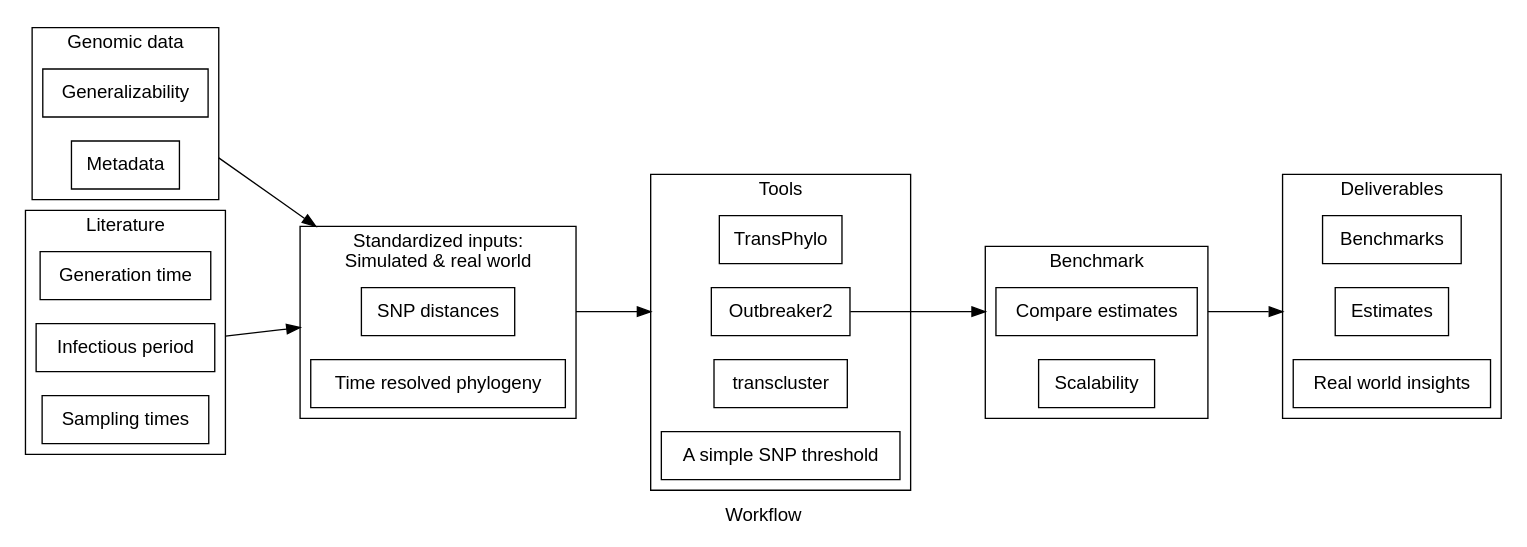
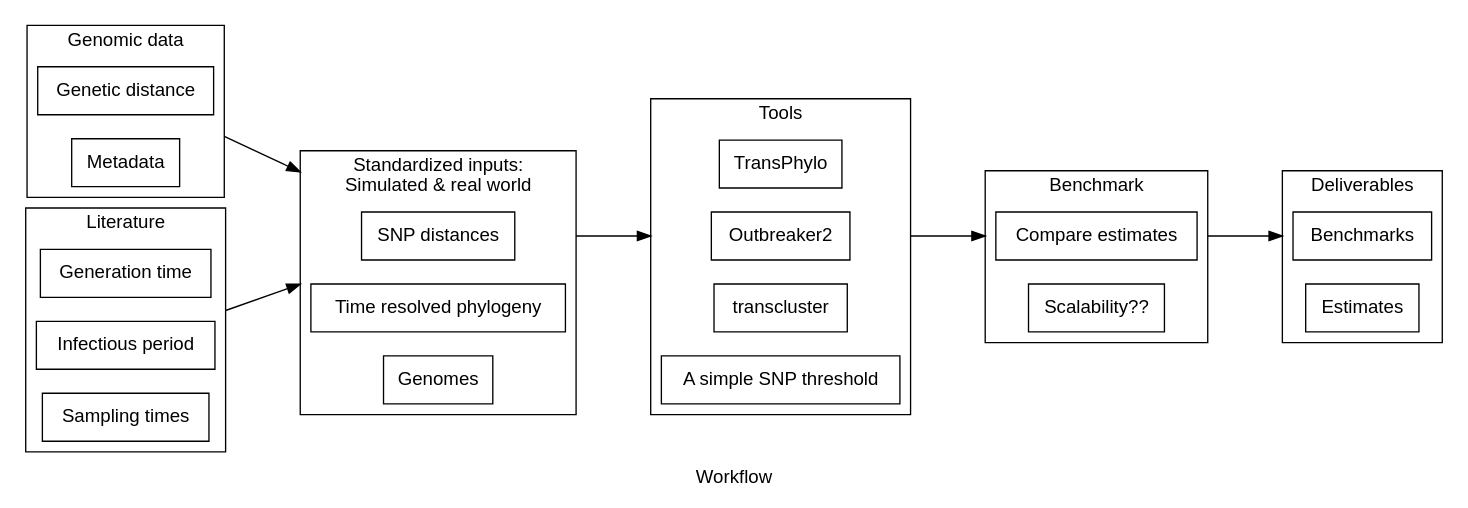
The diagram in workflow.dot (NCBI-Codeathons/beyond-phylogenies-team5), drawn with Graphviz before and after one commit. The commit also changed 2 other files, not shown here.

```diff
--- a/workflow.dot
+++ b/workflow.dot
@@ -1,64 +1,62 @@
 digraph D {
     graph [pad="0.05", nodesep="0.25", ranksep="1", rankdir = LR, fontname="Helvetica"];
     node[shape=rect, fontname="Helvetica"];
     compound=true;
     label="Workflow";
     splines="false";
 
     subgraph cluster0 {
         label="Genomic data";
         gen [label="Genetic distance"];
         metadata [label="Metadata"];
     }
     
     // subgraph cluster1 {
     //     label="Epidemiology data";
     //     cases [label="Reported Cases"];
     // }
 
     subgraph cluster_standard {
         label = "Standardized inputs:\nSimulated & real world";
         snpdist [label="SNP distances"];
         phytime [label="Time resolved phylogeny"];
+        genomes [label="Genomes"];
     }
 
     subgraph cluster2 {
         label="Literature";
         serial [label="Generation time"];
         infectious [label="Infectious period"];
         sample [label="Sampling times"];
 	}
 
     subgraph cluster3 {
         label = "Tools";
         tp [label="TransPhylo"];
         out2 [label="Outbreaker2"];
         tc [label="transcluster"];
         simple [label="A simple SNP threshold"];
     }
 
     subgraph cluster_comp {
         label="Benchmark";
         compout [label="Compare estimates"];
-        scale [label="Scalability"];
-        gen [label="Generalizability"];
+        scale [label="Scalability??"];
     }
 
     subgraph cluster4 {
         label = "Deliverables";
         cli [label="Benchmarks"];
         viz [label="Estimates"];
-        insights [label="Real world insights"];
     }
 
-    dummy1[label="", fixedsize="false", width=0, height=0, shape=none];
 
     gen -> snpdist [ltail=cluster0,lhead=cluster_standard];
     // cases -> snpdist [ltail=cluster1,lhead=cluster_standard];
     infectious -> snpdist [ltail=cluster2,lhead=cluster_standard];
 
     snpdist -> out2 [ltail=cluster_standard,lhead=cluster3];
 
-    out2 -> compout [ltail=cluster3,ltail=cluster_standardout,lhead=cluster_comp];
-    compout -> viz [lhead=cluster4,ltail=cluster_comp];
+    out2 -> compout [ltail=cluster3,ltail=cluster3,lhead=cluster_comp];
+    compout -> cli [lhead=cluster4,ltail=cluster_comp];
 }
```
